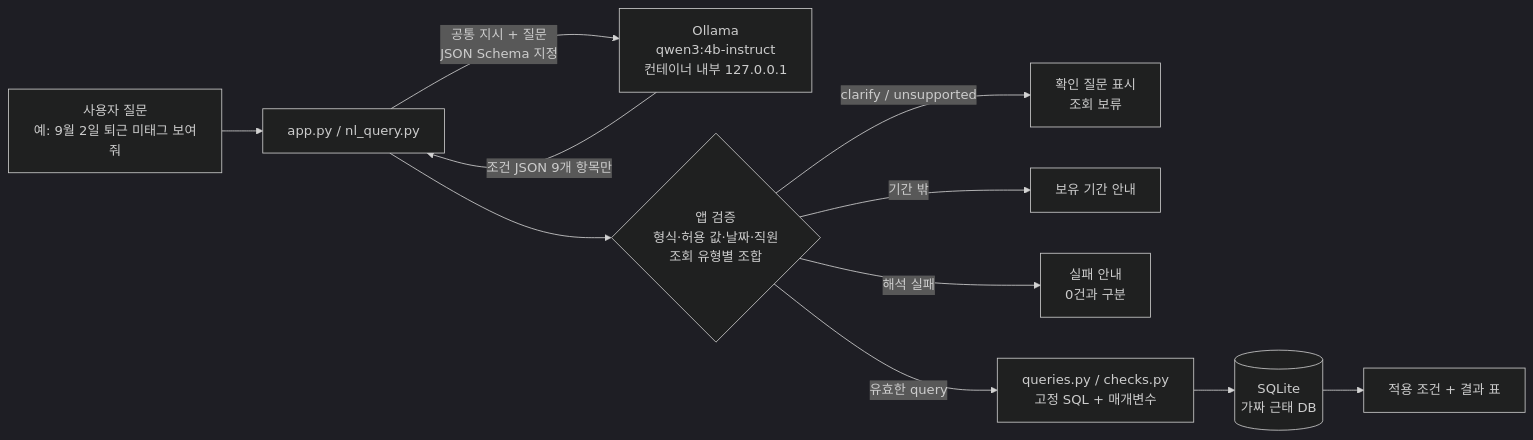
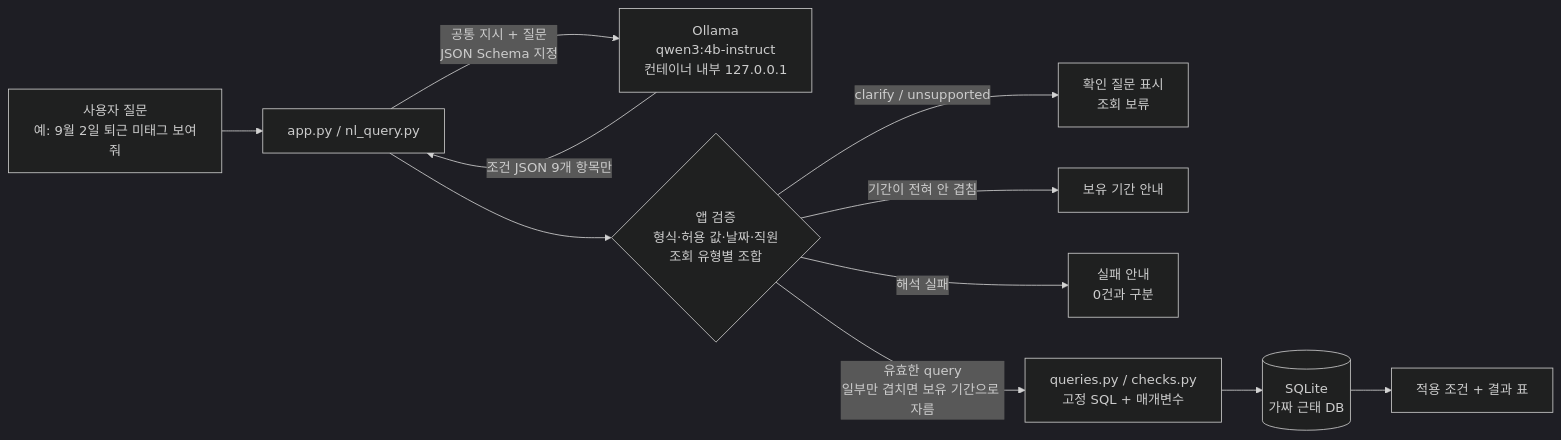
Before and after one commit to sc8556/attendance-checker: the diagram in README.md, drawn with Mermaid (dark theme). The commit also changed other lines of this file and 6 other files, not shown here.

````diff
--- a/README.md
+++ b/README.md
@@ -11,13 +30,13 @@
 ```mermaid
 flowchart LR
     U[사용자 질문<br/>예: 9월 2일 퇴근 미태그 보여줘] --> A[app.py / nl_query.py]
     A -->|공통 지시 + 질문<br/>JSON Schema 지정| O[Ollama<br/>qwen3:4b-instruct<br/>컨테이너 내부 127.0.0.1]
     O -->|조건 JSON 9개 항목만| A
     A --> V{앱 검증<br/>형식·허용 값·날짜·직원<br/>조회 유형별 조합}
     V -->|clarify / unsupported| Q[확인 질문 표시<br/>조회 보류]
-    V -->|기간 밖| R[보유 기간 안내]
+    V -->|기간이 전혀 안 겹침| R[보유 기간 안내]
     V -->|해석 실패| E[실패 안내<br/>0건과 구분]
-    V -->|유효한 query| S[queries.py / checks.py<br/>고정 SQL + 매개변수]
+    V -->|유효한 query<br/>일부만 겹치면 보유 기간으로 자름| S[queries.py / checks.py<br/>고정 SQL + 매개변수]
     S --> D[(SQLite<br/>가짜 근태 DB)]
     D --> T[적용 조건 + 결과 표]
 ```
````
